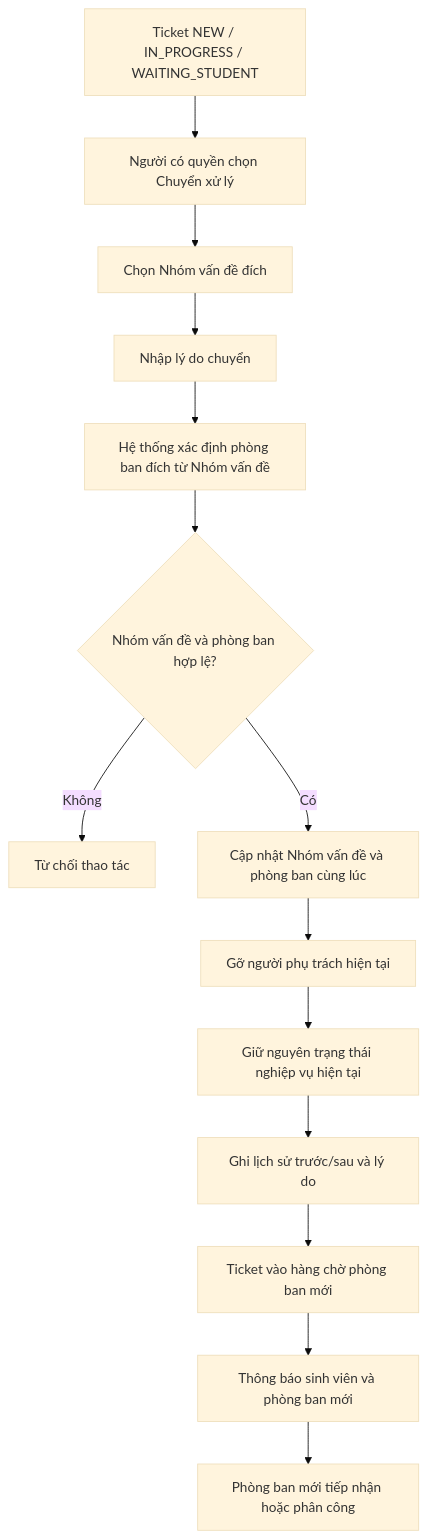
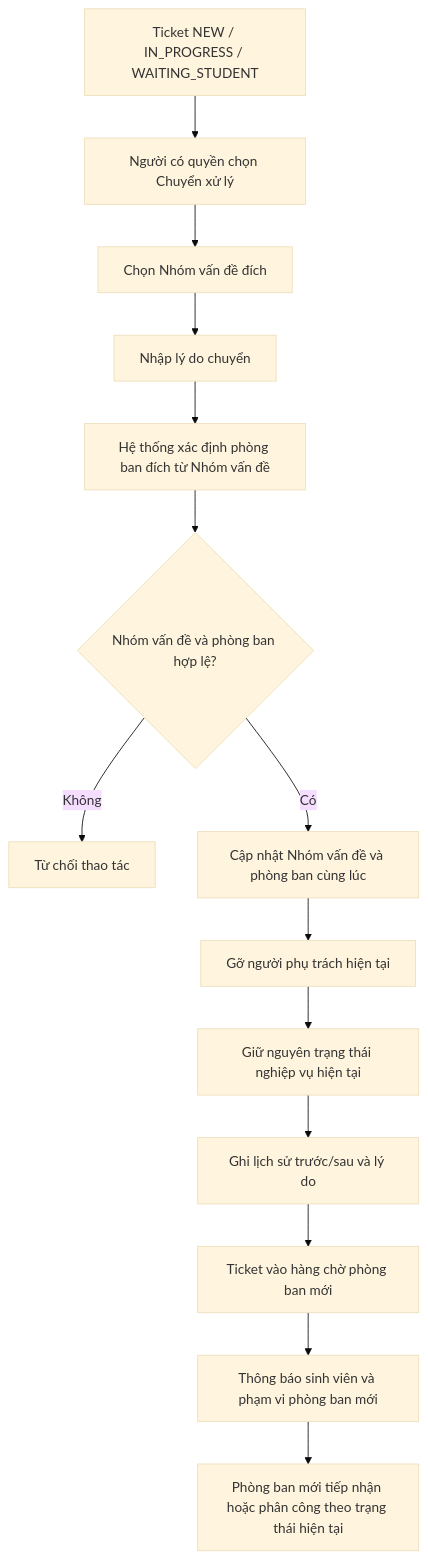
One commit to trvannhan/unisupport-docs changed the diagram in 04-workflows/WF-04-transfer-department.md. Above: the diagram before and after it, drawn with Mermaid (base theme).

Commit message:
Polish WF-04-transfer-department.md after workflow consistency review

````diff
--- a/04-workflows/WF-04-transfer-department.md
+++ b/04-workflows/WF-04-transfer-department.md
@@ -9,16 +9,16 @@
 ```mermaid
 flowchart TD
     A[Ticket NEW / IN_PROGRESS / WAITING_STUDENT] --> B[Người có quyền chọn Chuyển xử lý]
     B --> C[Chọn Nhóm vấn đề đích]
     C --> D[Nhập lý do chuyển]
     D --> E[Hệ thống xác định phòng ban đích từ Nhóm vấn đề]
     E --> F{Nhóm vấn đề và phòng ban hợp lệ?}
     F -->|Không| G[Từ chối thao tác]
     F -->|Có| H[Cập nhật Nhóm vấn đề và phòng ban cùng lúc]
     H --> I[Gỡ người phụ trách hiện tại]
     I --> J[Giữ nguyên trạng thái nghiệp vụ hiện tại]
     J --> K[Ghi lịch sử trước/sau và lý do]
     K --> L[Ticket vào hàng chờ phòng ban mới]
-    L --> M[Thông báo sinh viên và phòng ban mới]
-    M --> N[Phòng ban mới tiếp nhận hoặc phân công]
+    L --> M[Thông báo sinh viên và phạm vi phòng ban mới]
+    M --> N[Phòng ban mới tiếp nhận hoặc phân công theo trạng thái hiện tại]
 ```
````
